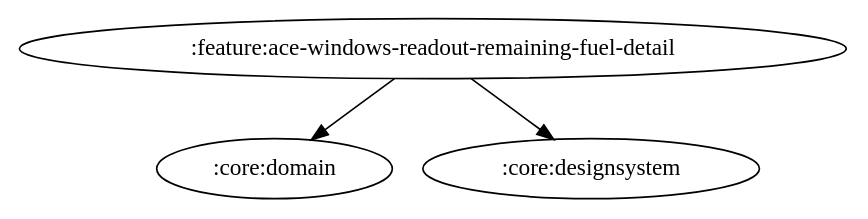
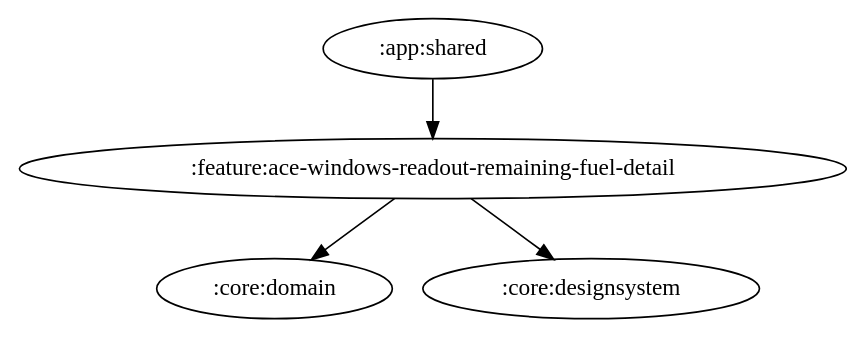
Before and after one commit to ai-kurou/KoDriver: the diagram in docs/graphs/feature-ace-windows-readout-remaining-fuel-detail.gv, drawn with Graphviz. The commit also changed 5 other files, not shown here.

Commit message:
chore: update module graph images

```diff
--- a/docs/graphs/feature-ace-windows-readout-remaining-fuel-detail.gv
+++ b/docs/graphs/feature-ace-windows-readout-remaining-fuel-detail.gv
@@ -1,5 +1,6 @@
 digraph G {
   rankdir=TB
+  ":app:shared" -> ":feature:ace-windows-readout-remaining-fuel-detail"
   ":feature:ace-windows-readout-remaining-fuel-detail" -> ":core:domain"
   ":feature:ace-windows-readout-remaining-fuel-detail" -> ":core:designsystem"
 }
```
